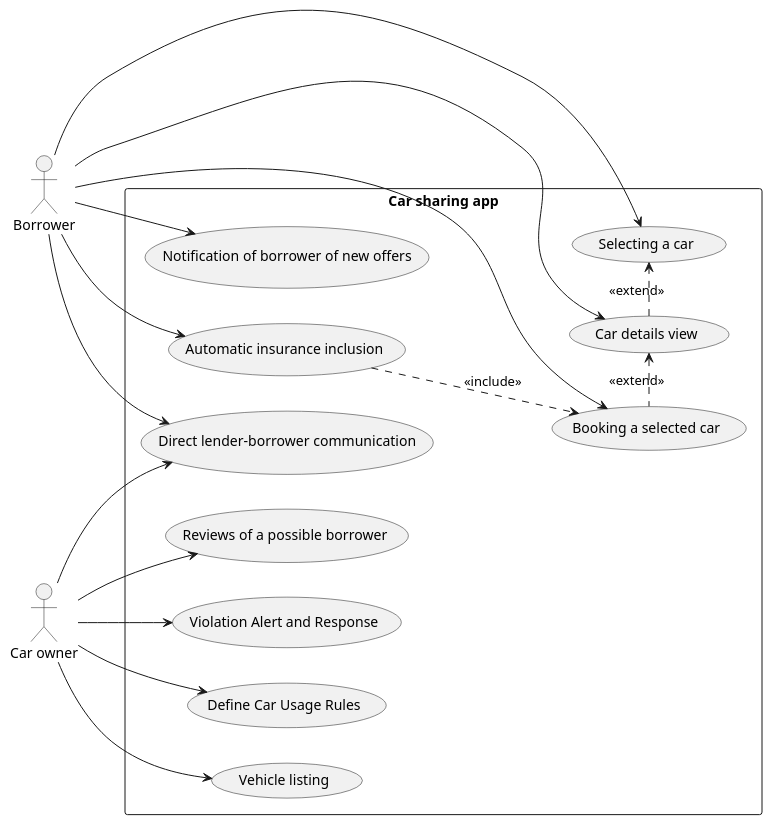
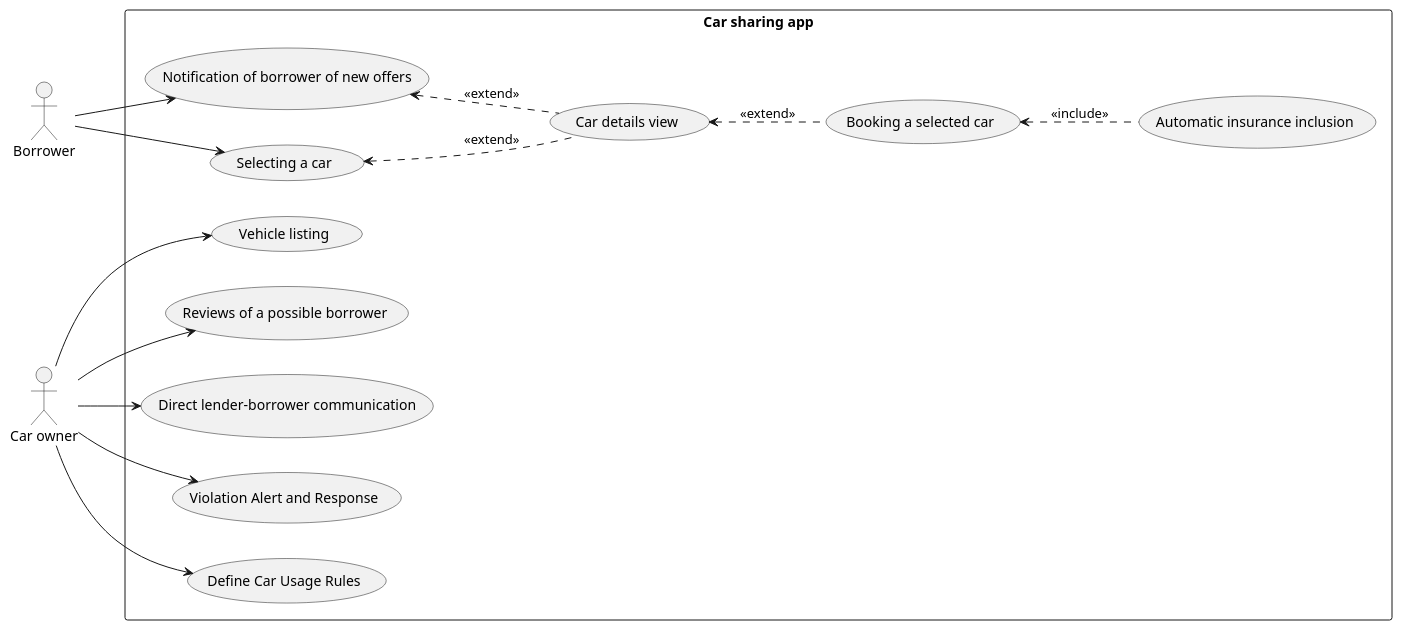
One commit to bruzla/NSWI041 changed the diagram in usecase_diagram.plantuml. Above: the diagram before and after it, drawn with PlantUML. The commit also changed 1 other file, not shown here.

Commit message:
update usecase diagram

```diff
--- a/usecase_diagram.plantuml
+++ b/usecase_diagram.plantuml
@@ -1,56 +1,59 @@
 @startuml
 left to right direction
 ' Define the actors
 actor Borrower as borrower
 
 ' Define the system boundary
 rectangle "Car sharing app" {
 ' UC-1
     (Vehicle listing) as vehicleListing [[https://github.com/bruzla/NSWI041/issues/12]]
 ' UC-2
     (Selecting a car) as selectingCar [[https://github.com/bruzla/NSWI041/issues/13]]
 ' UC-3
     (Booking a selected car) as bookingSelectedCar [[https://github.com/bruzla/NSWI041/issues/14]]
 ' UC-4
     (Car details view) as carDetail [[https://github.com/bruzla/NSWI041/issues/15]]
 ' UC-6
     (Automatic insurance inclusion) as automaticInsurance [[https://github.com/bruzla/NSWI041/issues/17]]
 ' UC-5
     (Reviews of a possible borrower) as borrowerReviews [[https://github.com/bruzla/NSWI041/issues/16]]
 ' UC-7
     (Direct lender-borrower communication) as lenderBorrowerCommunication [[https://github.com/bruzla/NSWI041/issues/18]]
 ' UC-8
     (Violation Alert and Response) as violationAlert [[https://github.com/bruzla/NSWI041/issues/19]]
 ' UC-9
     (Notification of borrower of new offers) as newOffersNotification [[https://github.com/bruzla/NSWI041/issues/20]]
 ' UC-10
     (Define Car Usage Rules) as defineCarUsageRules [[https://github.com/bruzla/NSWI041/issues/22]]
 }
 
 ' Relationships for User
 borrower --> selectingCar
-borrower --> bookingSelectedCar
-borrower --> automaticInsurance
-borrower --> lenderBorrowerCommunication
-borrower --> carDetail
+'borrower --> bookingSelectedCar
+'borrower --> automaticInsurance
+'borrower --> lenderBorrowerCommunication
+'borrower --> carDetail
 borrower --> newOffersNotification
 
+
 ' relations between use cases
-bookingSelectedCar .left.> carDetail : <<extend>>
-carDetail .> selectingCar : <<extend>>
-automaticInsurance ..> bookingSelectedCar : <<include>>
+bookingSelectedCar .up.> carDetail : <<extend>>
+carDetail .up.> selectingCar : <<extend>>
+automaticInsurance .up.> bookingSelectedCar : <<include>>
+carDetail .up.> newOffersNotification : <<extend>>
+
 
 actor "Car owner" as carOwner
 ' Relationships for Admin
 carOwner --> vehicleListing
 carOwner --> lenderBorrowerCommunication
 carOwner --> borrowerReviews
 carOwner --> defineCarUsageRules
 carOwner --> violationAlert
 
 
 ' Extends and Includes (optional)
 'selectingCar .> vehicleListing : extends
 
 '(Login) .> (Register) : includes
 @enduml
```
